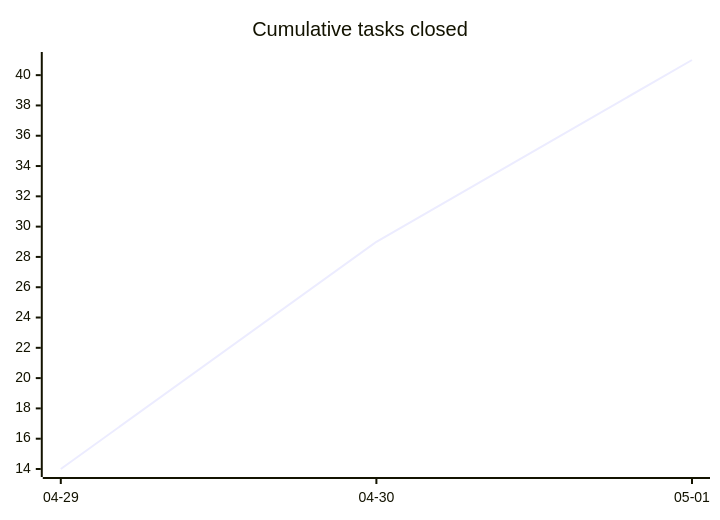
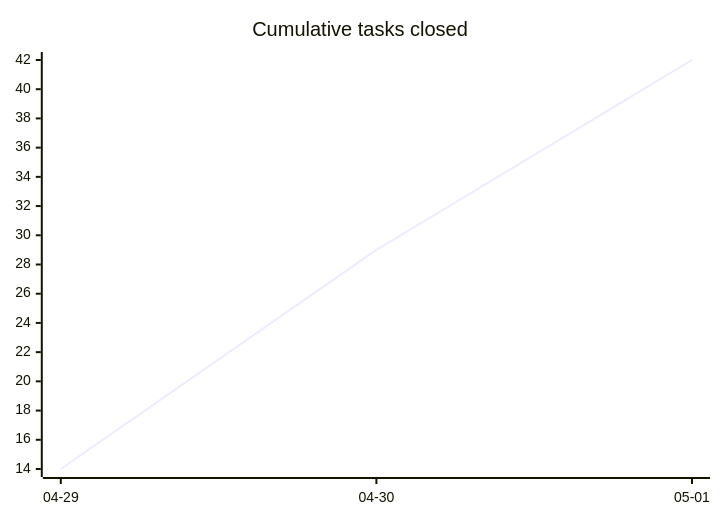
Before and after one commit to tgd1975/AwesomeStudioPedal: the first of 3 diagrams in docs/developers/tasks/OVERVIEW.md, drawn with Mermaid. The commit also changed other lines of this file and 4 other files, not shown here.

````diff
--- a/docs/developers/tasks/OVERVIEW.md
+++ b/docs/developers/tasks/OVERVIEW.md
@@ -22,6 +22,6 @@
 ```mermaid
 xychart-beta
     title "Cumulative tasks closed"
     x-axis ["04-29", "04-30", "05-01"]
-    line [14, 29, 41]
+    line [14, 29, 42]
 ```
````
